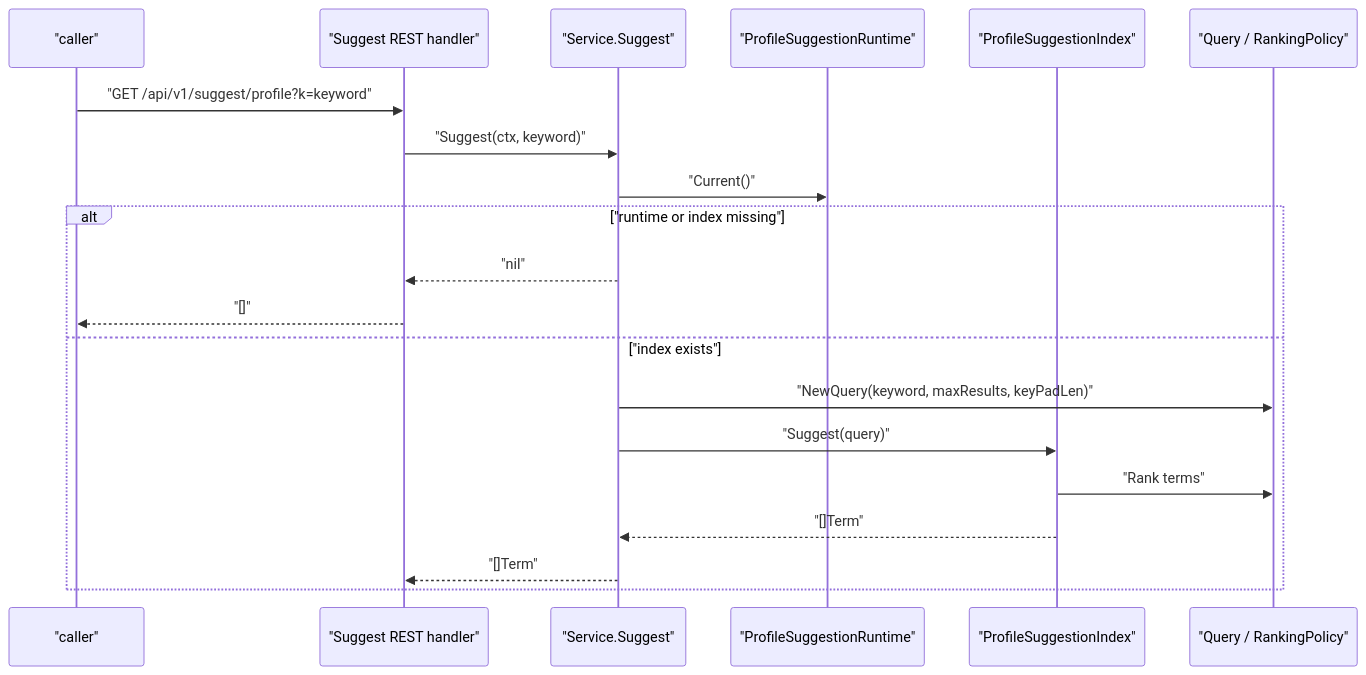
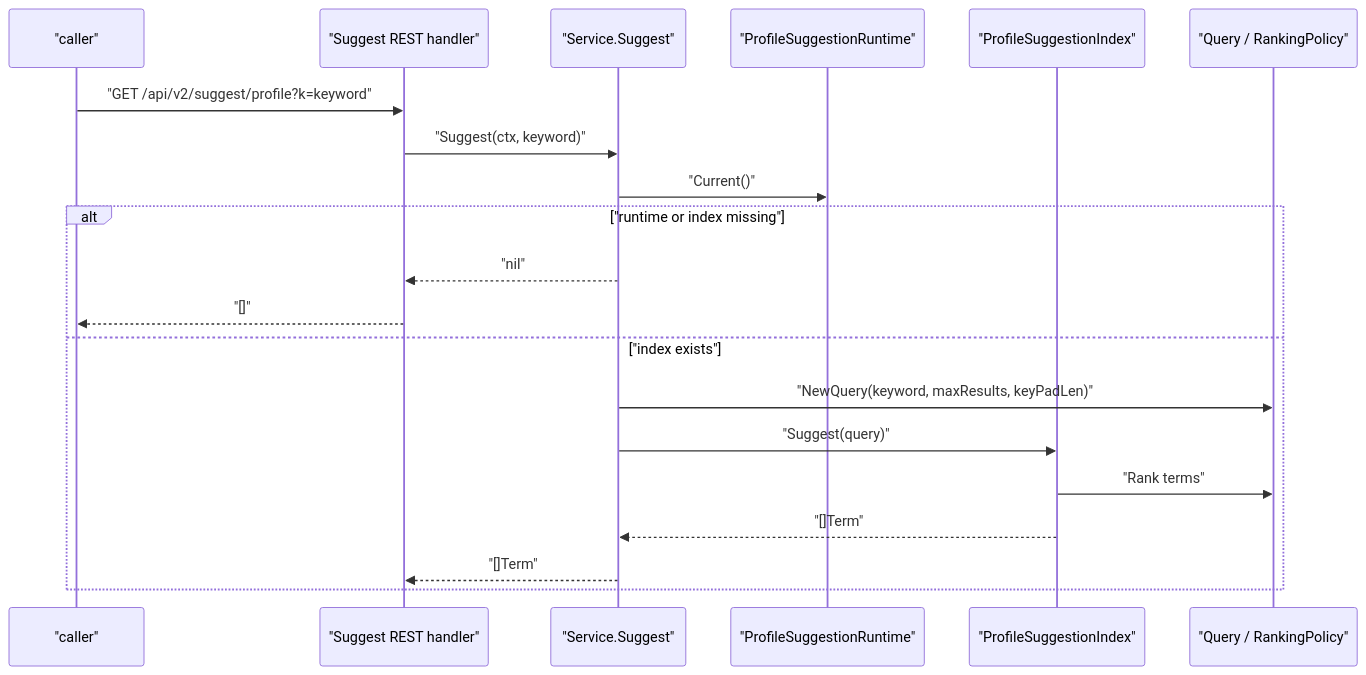
One commit to FangcunMount/iam changed the fourth of 5 diagrams in docs/05-专题分析/09-Suggest读模型链路--候选刷新到联想查询.md. Above: the diagram before and after it, drawn with Mermaid. The commit also changed other lines of this file and 611 other files, not shown here.

Commit message:
feat 完成 IAM SDK v2、REST API v2、gRPC API v2 迁移

````diff
--- a/docs/05-专题分析/09-Suggest读模型链路--候选刷新到联想查询.md
+++ b/docs/05-专题分析/09-Suggest读模型链路--候选刷新到联想查询.md
@@ -116,23 +116,23 @@
 ```mermaid
 sequenceDiagram
     participant Client as "caller"
     participant REST as "Suggest REST handler"
     participant Service as "Service.Suggest"
     participant Runtime as "ProfileSuggestionRuntime"
     participant Index as "ProfileSuggestionIndex"
     participant Domain as "Query / RankingPolicy"
 
-    Client->>REST: "GET /api/v1/suggest/profile?k=keyword"
+    Client->>REST: "GET /api/v2/suggest/profile?k=keyword"
     REST->>Service: "Suggest(ctx, keyword)"
     Service->>Runtime: "Current()"
     alt "runtime or index missing"
         Service-->>REST: "nil"
         REST-->>Client: "[]"
     else "index exists"
         Service->>Domain: "NewQuery(keyword, maxResults, keyPadLen)"
         Service->>Index: "Suggest(query)"
         Index->>Domain: "Rank terms"
         Index-->>Service: "[]Term"
         Service-->>REST: "[]Term"
     end
 ```
````
